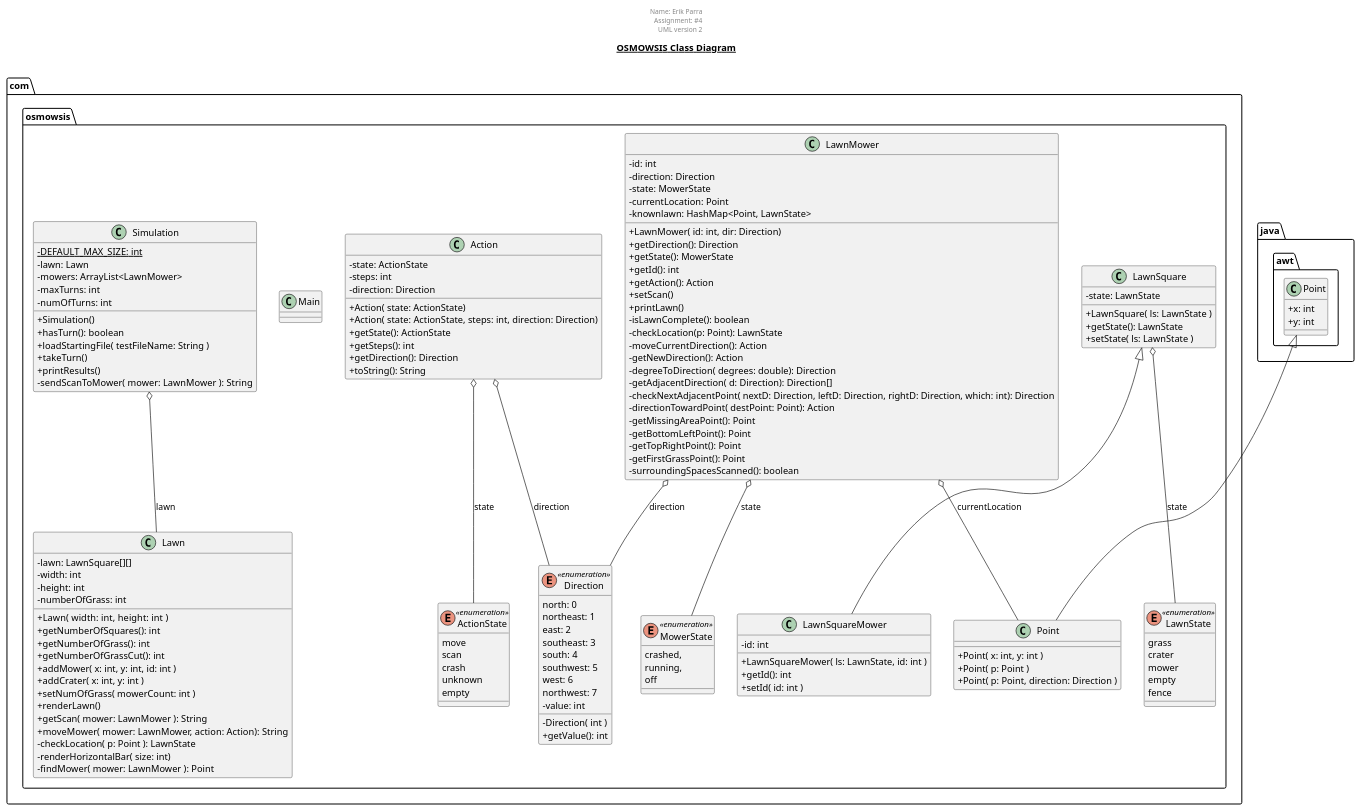
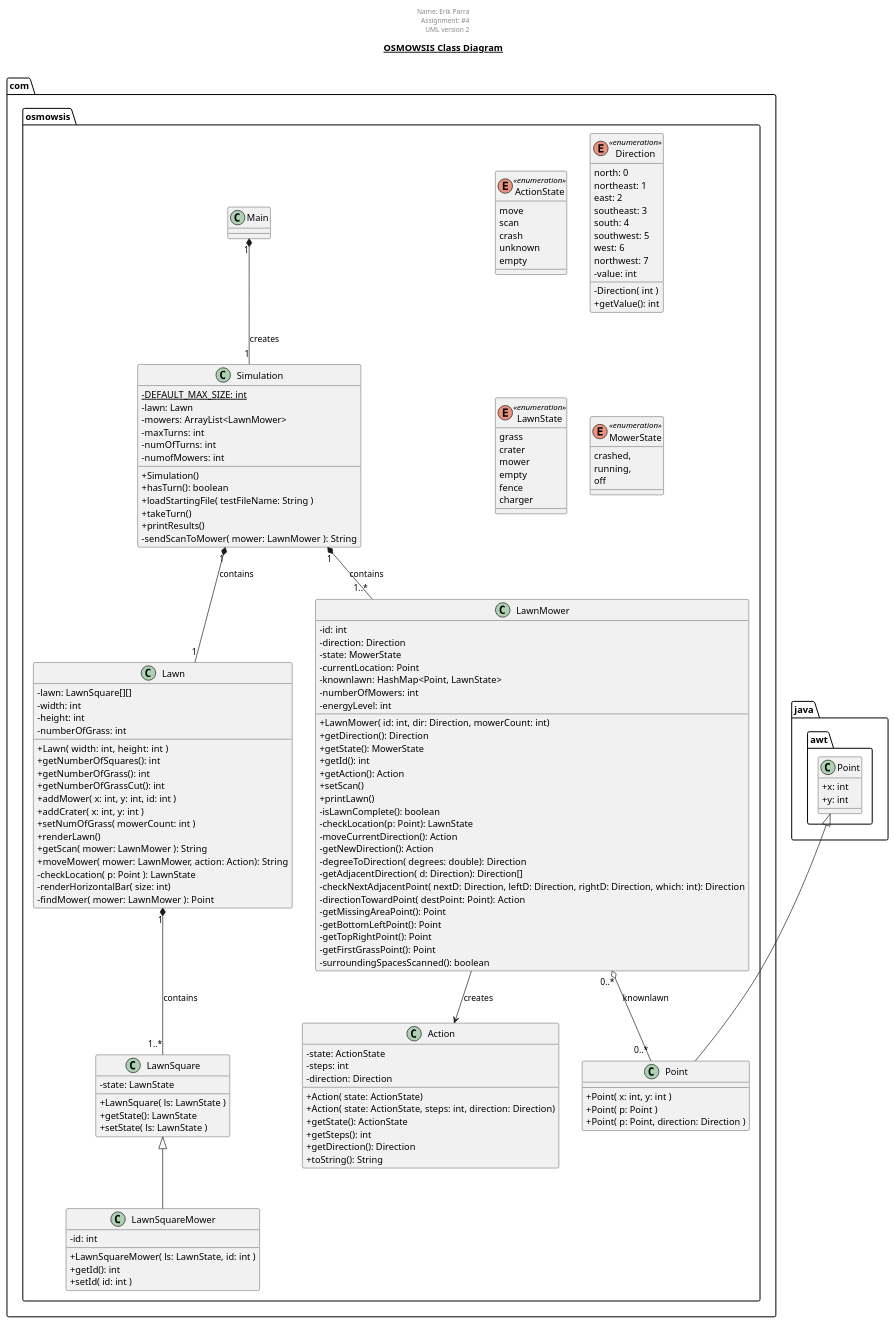
The diagram in osmowsis.plantuml (erikparra/osmowsis), drawn with PlantUML before and after one commit. The commit also changed 1 other file, not shown here.

Commit message:
Updated uml and sequence diagrams

```diff
--- a/osmowsis.plantuml
+++ b/osmowsis.plantuml
@@ -1,175 +1,180 @@
 @startuml
 
 skinparam classAttributeIconSize 0
 'hide circle
 
 title __OSMOWSIS Class Diagram__\n
 
 center header
 Name: Erik Parra
 Assignment: #4
 UML version 2
 end header
 
 class com.osmowsis.Action {
     - state: ActionState
     - steps: int
     - direction: Direction
 
     + Action( state: ActionState)
     + Action( state: ActionState, steps: int, direction: Direction)
     + getState(): ActionState
     + getSteps(): int
     + getDirection(): Direction
     + toString(): String
 }
 
 enum com.osmowsis.ActionState <<enumeration>> {
     move
     scan
     crash
     unknown
     empty
 }
 
 enum com.osmowsis.Direction <<enumeration>> {
     north: 0
     northeast: 1
     east: 2
     southeast: 3
     south: 4
     southwest: 5
     west: 6
     northwest: 7
     - value: int
 
     - Direction( int )
     + getValue(): int
 }
 
 class com.osmowsis.Lawn {
     - lawn: LawnSquare[][]
     - width: int
     - height: int
     - numberOfGrass: int
     + Lawn( width: int, height: int  )
     + getNumberOfSquares(): int
     + getNumberOfGrass(): int
     + getNumberOfGrassCut(): int
     + addMower( x: int, y: int, id: int )
     + addCrater( x: int, y: int )
     + setNumOfGrass( mowerCount: int )
     + renderLawn()
     + getScan( mower: LawnMower ): String
     +  moveMower( mower: LawnMower, action: Action): String
     - checkLocation( p: Point ): LawnState
     - renderHorizontalBar( size: int)
     - findMower( mower: LawnMower ): Point
 }
 
 
 class com.osmowsis.LawnMower {
 
     - id: int
     - direction: Direction
     - state: MowerState
     - currentLocation: Point
     - knownlawn: HashMap<Point, LawnState>
+    - numberOfMowers: int
+    - energyLevel: int
 
-    + LawnMower( id: int, dir: Direction)
+    + LawnMower( id: int, dir: Direction, mowerCount: int)
     + getDirection(): Direction
     + getState(): MowerState
     + getId(): int
     + getAction(): Action
     + setScan()
     + printLawn()
     - isLawnComplete(): boolean
     - checkLocation(p: Point): LawnState
     - moveCurrentDirection(): Action
     - getNewDirection(): Action
     - degreeToDirection( degrees: double): Direction
     - getAdjacentDirection( d: Direction): Direction[]
     - checkNextAdjacentPoint( nextD: Direction, leftD: Direction, rightD: Direction, which: int): Direction
     - directionTowardPoint( destPoint: Point): Action
     - getMissingAreaPoint(): Point
     - getBottomLeftPoint(): Point
     - getTopRightPoint(): Point
     - getFirstGrassPoint(): Point
     - surroundingSpacesScanned(): boolean
 }
 
 
 class com.osmowsis.LawnSquare {
     - state: LawnState
     + LawnSquare( ls: LawnState )
     + getState(): LawnState
     + setState( ls: LawnState )
 }
 
 
 class com.osmowsis.LawnSquareMower {
     - id: int
     + LawnSquareMower( ls: LawnState, id: int )
     + getId(): int
     + setId( id: int )
 }
 
 enum com.osmowsis.LawnState <<enumeration>> {
     grass
     crater
     mower
     empty
     fence
+    charger
 }
 
 class com.osmowsis.Main {
 }
 
 enum com.osmowsis.MowerState <<enumeration>> {
     crashed,
     running,
     off
 }
 
 class java.awt.Point {
     + x: int
     + y: int
 }
 
 
 class com.osmowsis.Point {
     + Point( x: int, y: int )
     + Point( p: Point )
     + Point( p: Point, direction: Direction )
 }
 
 
 class com.osmowsis.Simulation {
     - {static} DEFAULT_MAX_SIZE: int
     - lawn: Lawn
     - mowers: ArrayList<LawnMower>
     - maxTurns: int
     - numOfTurns: int
+    - numofMowers: int
 
     + Simulation()
     + hasTurn(): boolean
     + loadStartingFile( testFileName: String )
     + takeTurn()
     + printResults()
     - sendScanToMower( mower: LawnMower ): String
 
 }
 
 
-  com.osmowsis.Action o-- com.osmowsis.ActionState : state
-  com.osmowsis.Action o-- com.osmowsis.Direction : direction
-  com.osmowsis.LawnMower o-- com.osmowsis.Direction : direction
-  com.osmowsis.LawnMower o-- com.osmowsis.MowerState : state
-  com.osmowsis.LawnMower o-- com.osmowsis.Point : currentLocation
-  com.osmowsis.LawnSquare o-- com.osmowsis.LawnState : state
-  com.osmowsis.LawnSquareMower -up-|> com.osmowsis.LawnSquare
-  com.osmowsis.Point -up-|> java.awt.Point
-  com.osmowsis.Simulation o-- com.osmowsis.Lawn : lawn
+com.osmowsis.Simulation "1" *-- "1" com.osmowsis.Lawn  : contains
+com.osmowsis.Simulation "1" *-- "1..*" com.osmowsis.LawnMower  : contains
+com.osmowsis.Lawn "1" *-- "1..*" com.osmowsis.LawnSquare : contains
+com.osmowsis.LawnSquareMower -up-|> com.osmowsis.LawnSquare
+com.osmowsis.Point -up-|> java.awt.Point
+com.osmowsis.LawnMower --> com.osmowsis.Action : creates
+
+com.osmowsis.LawnMower "0..*" o-- "0..*" com.osmowsis.Point : knownlawn
+com.osmowsis.Main "1" *-- "1" com.osmowsis.Simulation : creates
+
 
 
 @enduml
```
